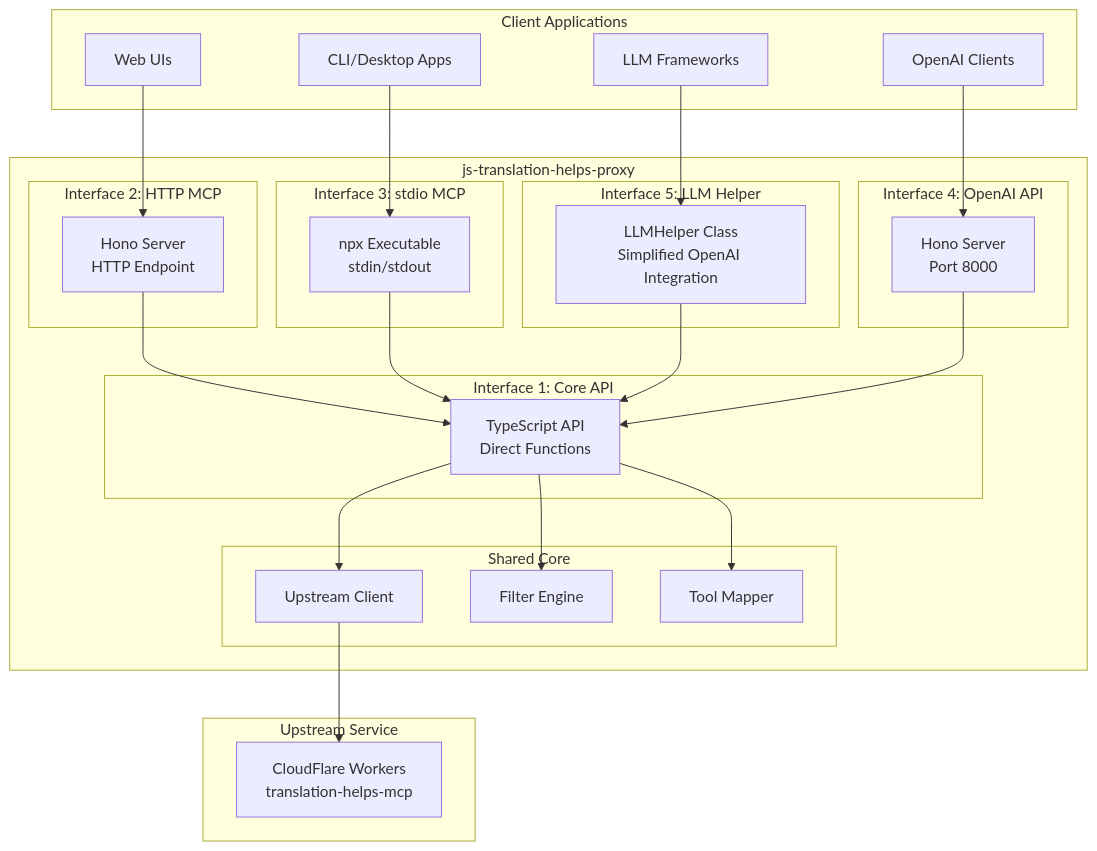
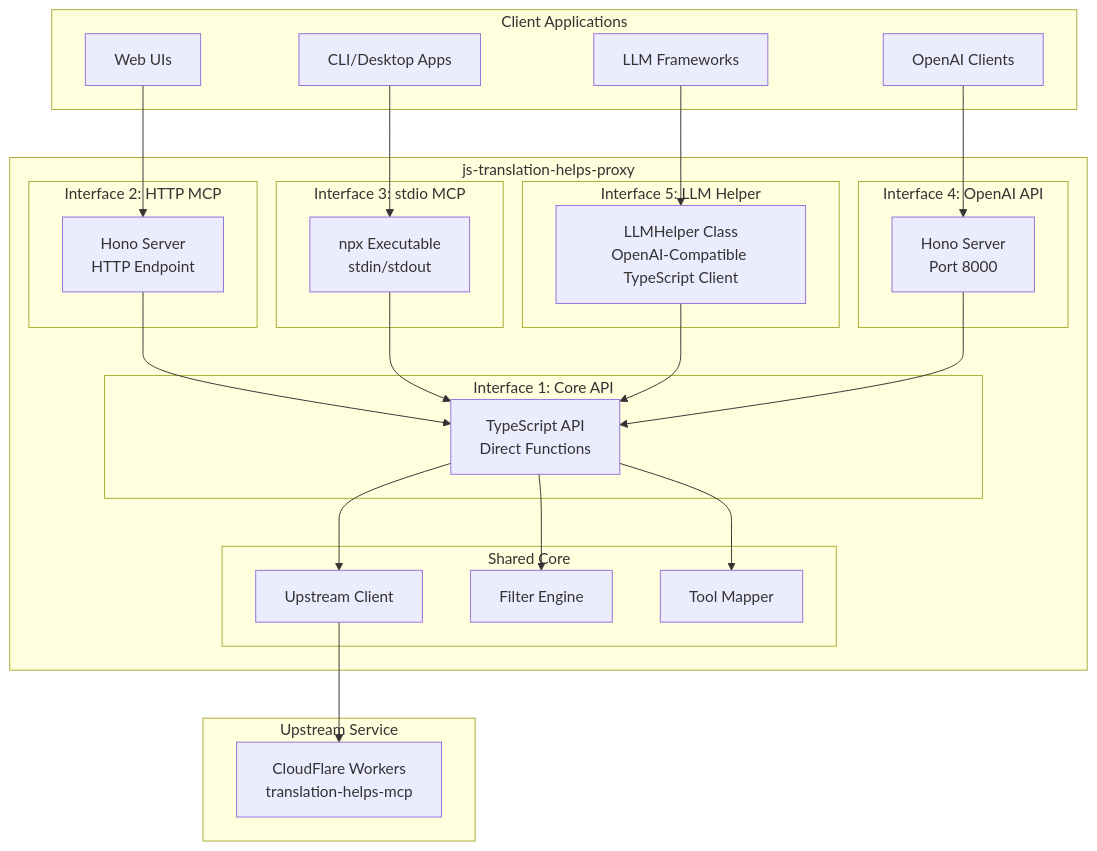
Before and after one commit to JEdward7777/js-translation-helps-proxy: the diagram in ARCHITECTURE.md, drawn with Mermaid. The commit also changed other lines of this file and 10 other files, not shown here.

First line of the commit message:
Refactor LLMHelper to OpenAI-compatible TypeScript client

````diff
--- a/ARCHITECTURE.md
+++ b/ARCHITECTURE.md
@@ -38,57 +38,57 @@
 ```mermaid
 graph TB
     subgraph "Client Applications"
         CLI[CLI/Desktop Apps]
         WebUI[Web UIs]
         LLM[LLM Frameworks]
         OpenAI[OpenAI Clients]
     end
     
     subgraph "js-translation-helps-proxy"
         subgraph "Interface 1: Core API"
             Core[TypeScript API<br/>Direct Functions]
         end
         
         subgraph "Interface 2: HTTP MCP"
             HTTP[Hono Server<br/>HTTP Endpoint]
         end
         
         subgraph "Interface 3: stdio MCP"
             Stdio[npx Executable<br/>stdin/stdout]
         end
         
         subgraph "Interface 4: OpenAI API"
             OpenAI_API[Hono Server<br/>Port 8000]
         end
         
         subgraph "Interface 5: LLM Helper"
-            Helper[LLMHelper Class<br/>Simplified OpenAI Integration]
+            Helper[LLMHelper Class<br/>OpenAI-Compatible TypeScript Client]
         end
         
         subgraph "Shared Core"
             Upstream[Upstream Client]
             Filters[Filter Engine]
             Mapper[Tool Mapper]
         end
     end
     
     subgraph "Upstream Service"
         CloudFlare[CloudFlare Workers<br/>translation-helps-mcp]
     end
     
     CLI --> Stdio
     WebUI --> HTTP
     LLM --> Helper
     OpenAI --> OpenAI_API
     
     Core --> Upstream
     HTTP --> Core
     Stdio --> Core
     Helper --> Core
     OpenAI_API --> Core
     
     Core --> Filters
     Core --> Mapper
     
     Upstream --> CloudFlare
 ```
````
